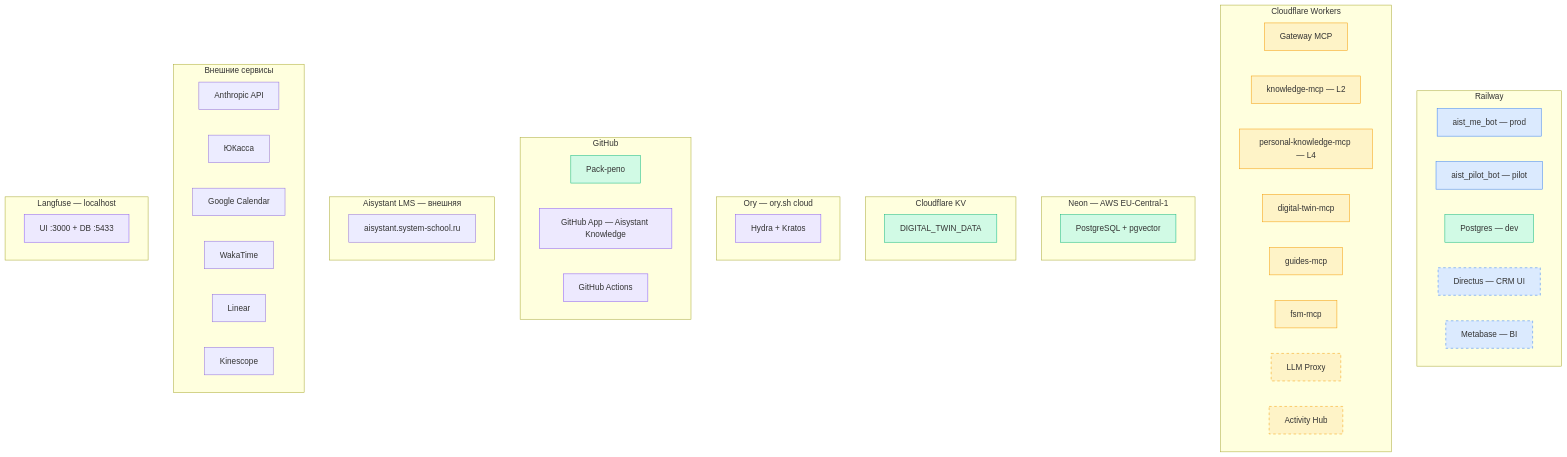
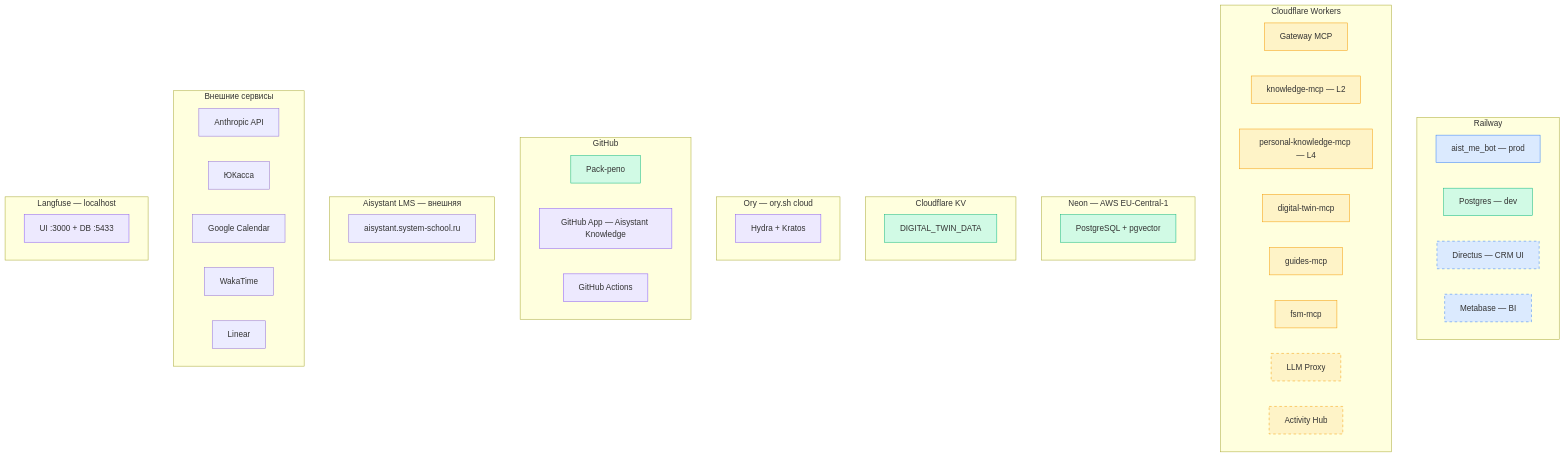
The first of 3 diagrams in C.IT-Platform/C2.IT-Platform/C2.2.Architecture/Stack-and-Infrastructure/deployment.md (TserenTserenov/DS-ecosystem-development), drawn with Mermaid before and after one commit. The commit also changed other lines of this file, not shown here.

Commit message:
fix(WP-159): убрать pilot bot и Kinescope с диаграммы
Pilot bot = dev-инструмент, не архитектурный компонент.
Kinescope = не используется на платформе.

````diff
--- a/C.IT-Platform/C2.IT-Platform/C2.2.Architecture/Stack-and-Infrastructure/deployment.md
+++ b/C.IT-Platform/C2.IT-Platform/C2.2.Architecture/Stack-and-Infrastructure/deployment.md
@@ -16,77 +16,74 @@
 ```mermaid
 graph TB
     subgraph RAILWAY["Railway"]
         BOT["aist_me_bot — prod"]
-        PILOT["aist_pilot_bot — pilot"]
         PG_DEV["Postgres — dev"]
         DIRECTUS["Directus — CRM UI"]
         METABASE["Metabase — BI"]
     end
 
     subgraph CF["Cloudflare Workers"]
         GW["Gateway MCP"]
         KN["knowledge-mcp — L2"]
         PKN["personal-knowledge-mcp — L4"]
         DT["digital-twin-mcp"]
         GU["guides-mcp"]
         FSM["fsm-mcp"]
         LLM_PROXY["LLM Proxy"]
         ACTIVITY["Activity Hub"]
     end
 
     subgraph NEON["Neon — AWS EU-Central-1"]
         DB["PostgreSQL + pgvector"]
     end
 
     subgraph CF_KV["Cloudflare KV"]
         KV["DIGITAL_TWIN_DATA"]
     end
 
     subgraph ORY["Ory — ory.sh cloud"]
         ORY_SVC["Hydra + Kratos"]
     end
 
     subgraph GITHUB["GitHub"]
         REPOS["Pack-репо"]
         APP["GitHub App — Aisystant Knowledge"]
         ACTIONS["GitHub Actions"]
     end
 
     subgraph LMS["Aisystant LMS — внешняя"]
         LMS_PROD["aisystant.system-school.ru"]
     end
 
     subgraph VENDORS["Внешние сервисы"]
         ANTH["Anthropic API"]
         YOOKASSA["ЮКасса"]
         GCAL["Google Calendar"]
         WAKA["WakaTime"]
         LIN["Linear"]
-        KINESCOPE["Kinescope"]
     end
 
     subgraph LANGFUSE["Langfuse — localhost"]
         LF["UI :3000 + DB :5433"]
     end
 
     style BOT fill:#dbeafe,stroke:#3b82f6
-    style PILOT fill:#dbeafe,stroke:#3b82f6
     style GW fill:#fef3c7,stroke:#f59e0b
     style KN fill:#fef3c7,stroke:#f59e0b
     style PKN fill:#fef3c7,stroke:#f59e0b
     style DT fill:#fef3c7,stroke:#f59e0b
     style GU fill:#fef3c7,stroke:#f59e0b
     style FSM fill:#fef3c7,stroke:#f59e0b
     style DB fill:#d1fae5,stroke:#10b981
     style KV fill:#d1fae5,stroke:#10b981
     style PG_DEV fill:#d1fae5,stroke:#10b981
     style REPOS fill:#d1fae5,stroke:#10b981
     style ORY_SVC fill:#ede9fe,stroke:#8b5cf6
     style APP fill:#ede9fe,stroke:#8b5cf6
     style ACTIONS fill:#ede9fe,stroke:#8b5cf6
     style LF fill:#ede9fe,stroke:#8b5cf6
     style DIRECTUS fill:#dbeafe,stroke:#3b82f6,stroke-dasharray: 5 5
     style METABASE fill:#dbeafe,stroke:#3b82f6,stroke-dasharray: 5 5
     style LLM_PROXY fill:#fef3c7,stroke:#f59e0b,stroke-dasharray: 5 5
     style ACTIVITY fill:#fef3c7,stroke:#f59e0b,stroke-dasharray: 5 5
 ```
````
